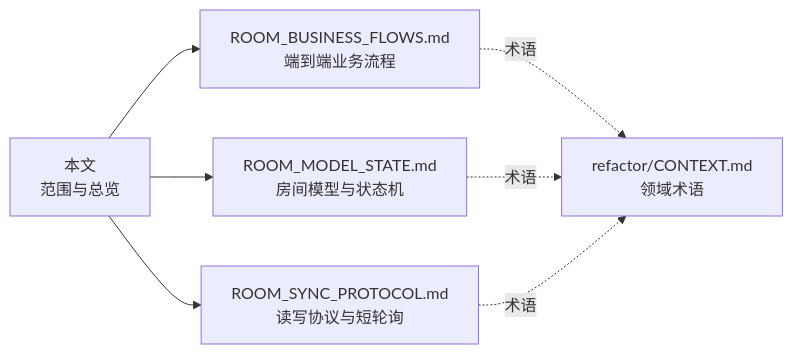
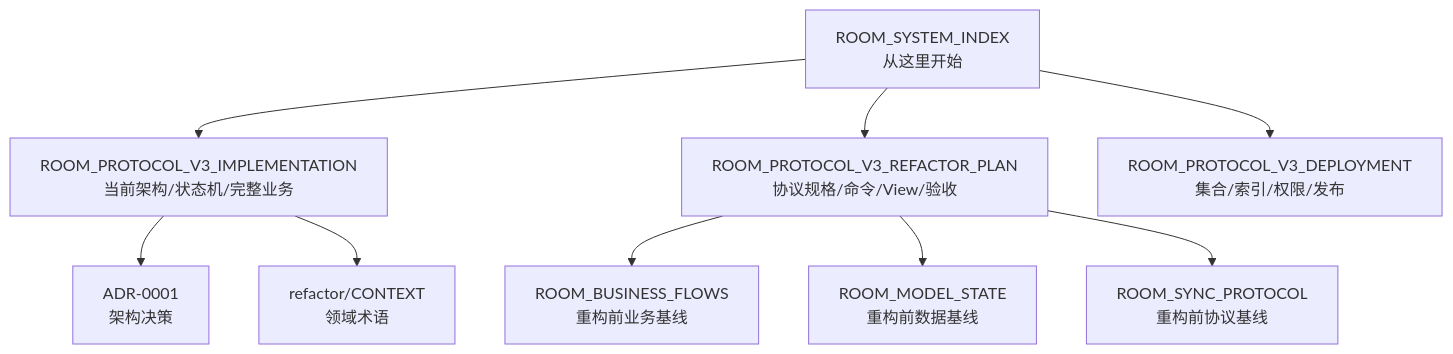
The first of 3 diagrams in docs/ROOM_SYSTEM_INDEX.md (Bubble-419/cardboard-miniprogram), drawn with Mermaid before and after one commit. The commit also changed other lines of this file and 74 other files, not shown here.

Commit message:
refactor: complete room protocol v3 integration

````diff
--- a/docs/ROOM_SYSTEM_INDEX.md
+++ b/docs/ROOM_SYSTEM_INDEX.md
@@ -11,15 +7,21 @@
 ```mermaid
-flowchart LR
-  I[本文<br/>范围与总览]
-  F[ROOM_BUSINESS_FLOWS.md<br/>端到端业务流程]
-  M[ROOM_MODEL_STATE.md<br/>房间模型与状态机]
-  P[ROOM_SYNC_PROTOCOL.md<br/>读写协议与短轮询]
-  G[refactor/CONTEXT.md<br/>领域术语]
+flowchart TD
+  I[ROOM_SYSTEM_INDEX<br/>从这里开始]
+  IMPL[ROOM_PROTOCOL_V3_IMPLEMENTATION<br/>当前架构/状态机/完整业务]
+  PLAN[ROOM_PROTOCOL_V3_REFACTOR_PLAN<br/>协议规格/命令/View/验收]
+  DEPLOY[ROOM_PROTOCOL_V3_DEPLOYMENT<br/>集合/索引/权限/发布]
+  ADR[ADR-0001<br/>架构决策]
+  CTX[refactor/CONTEXT<br/>领域术语]
+  OLD1[ROOM_BUSINESS_FLOWS<br/>重构前业务基线]
+  OLD2[ROOM_MODEL_STATE<br/>重构前数据基线]
+  OLD3[ROOM_SYNC_PROTOCOL<br/>重构前协议基线]
 
-  I --> F
-  I --> M
-  I --> P
-  F -.术语.-> G
-  M -.术语.-> G
-  P -.术语.-> G
+  I --> IMPL
+  I --> PLAN
+  I --> DEPLOY
+  IMPL --> ADR
+  IMPL --> CTX
+  PLAN --> OLD1
+  PLAN --> OLD2
+  PLAN --> OLD3
 ```
````
